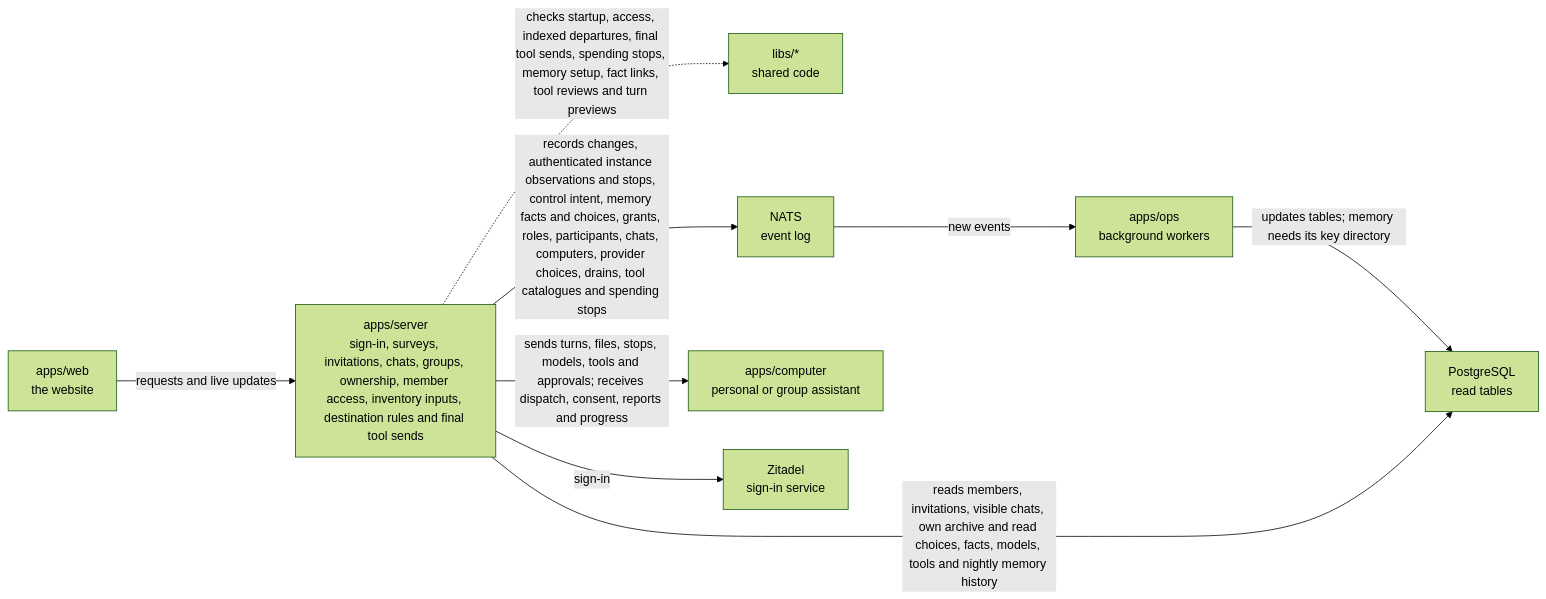
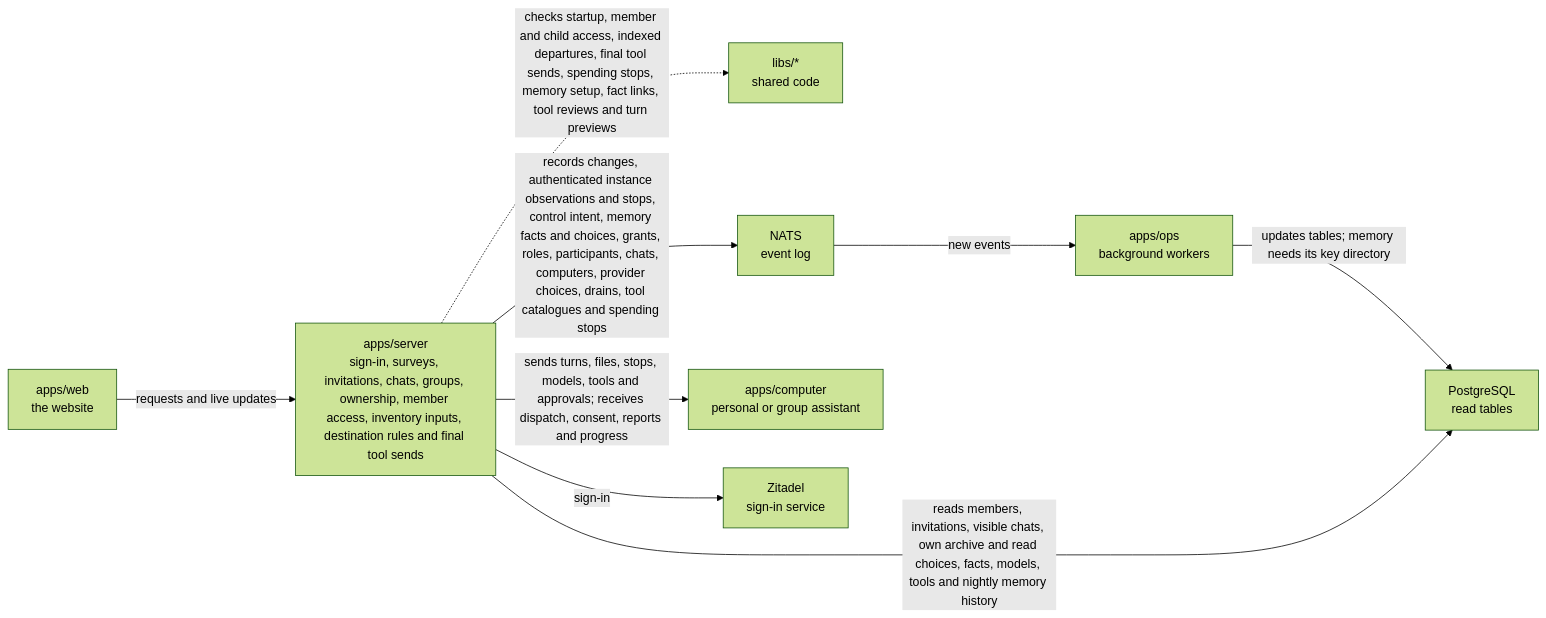
The diagram in apps/server/README.md (elewa-git/opencrane-new), drawn with Mermaid (forest theme) before and after one commit. The commit also changed 11 other files, not shown here.

````diff
--- a/apps/server/README.md
+++ b/apps/server/README.md
@@ -11,11 +11,11 @@
 ```mermaid
 flowchart LR
   web["apps/web<br/>the website"] -->|requests and live updates| server["apps/server<br/>sign-in, surveys, invitations, chats, groups, ownership, member access, inventory inputs, destination rules and final tool sends"]
-  server -.->|checks startup, access, indexed departures, final tool sends, spending stops, memory setup, fact links, tool reviews and turn previews| libs["libs/*<br/>shared code"]
+  server -.->|checks startup, member and child access, indexed departures, final tool sends, spending stops, memory setup, fact links, tool reviews and turn previews| libs["libs/*<br/>shared code"]
   server -->|records changes, authenticated instance observations and stops, control intent, memory facts and choices, grants, roles, participants, chats, computers, provider choices, drains, tool catalogues and spending stops| nats["NATS<br/>event log"]
   nats -->|new events| ops["apps/ops<br/>background workers"]
   ops -->|updates tables; memory needs its key directory| postgres["PostgreSQL<br/>read tables"]
   server -->|reads members, invitations, visible chats, own archive and read choices, facts, models, tools and nightly memory history| postgres
   server -->|sends turns, files, stops, models, tools and approvals; receives dispatch, consent, reports and progress| computer["apps/computer<br/>personal or group assistant"]
   server -->|sign-in| zitadel["Zitadel<br/>sign-in service"]
 ```
````
